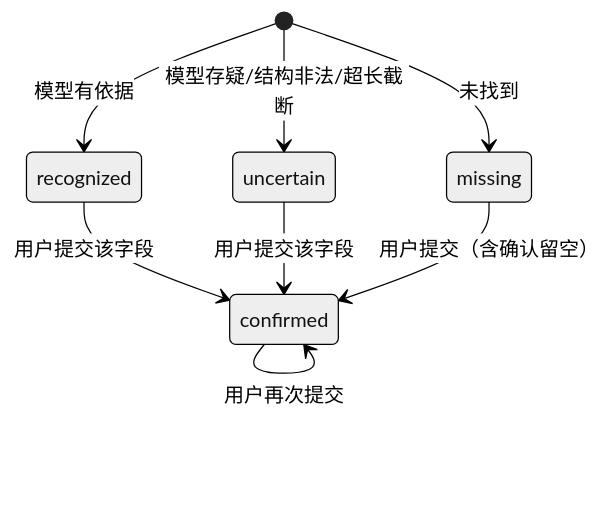
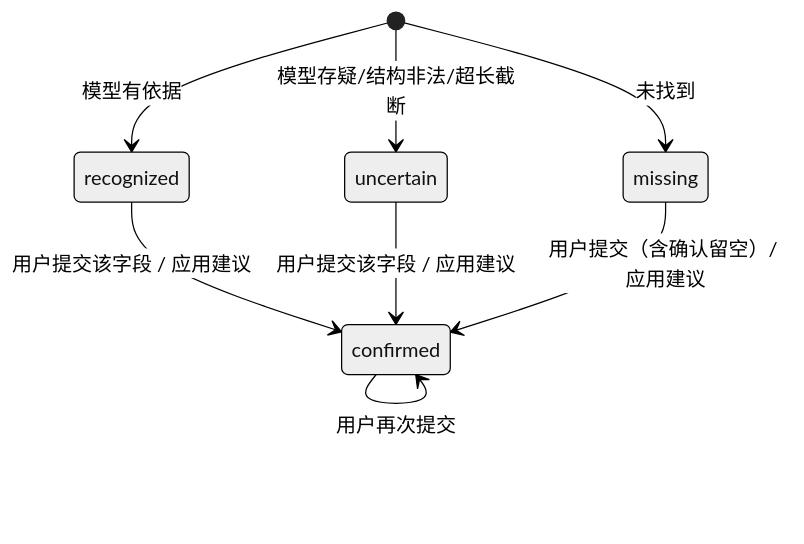
The fifth of 9 diagrams in backend-docs/HR_PR-1/04_design/design.md (Bohamnan/Loopforge-use-demo), drawn with Mermaid (neutral theme) before and after one commit. The commit also changed other lines of this file and 2 other files, not shown here.

````diff
--- a/backend-docs/HR_PR-1/04_design/design.md
+++ b/backend-docs/HR_PR-1/04_design/design.md
@@ -295,10 +326,10 @@
 ```mermaid
 stateDiagram-v2
     [*] --> recognized: 模型有依据
     [*] --> uncertain: 模型存疑/结构非法/超长截断
     [*] --> missing: 未找到
-    recognized --> confirmed: 用户提交该字段
-    uncertain --> confirmed: 用户提交该字段
-    missing --> confirmed: 用户提交（含确认留空）
+    recognized --> confirmed: 用户提交该字段 / 应用建议
+    uncertain --> confirmed: 用户提交该字段 / 应用建议
+    missing --> confirmed: 用户提交（含确认留空）/ 应用建议
     confirmed --> confirmed: 用户再次提交
 ```
````
